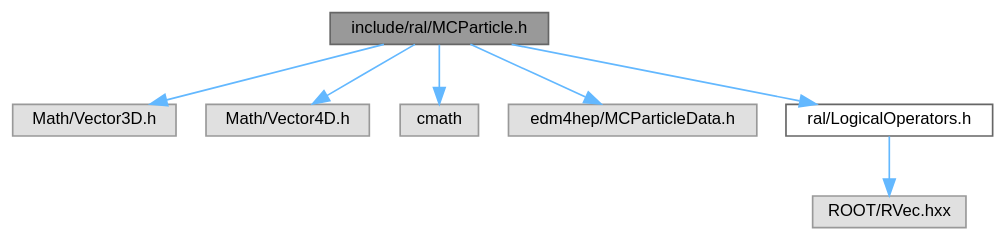
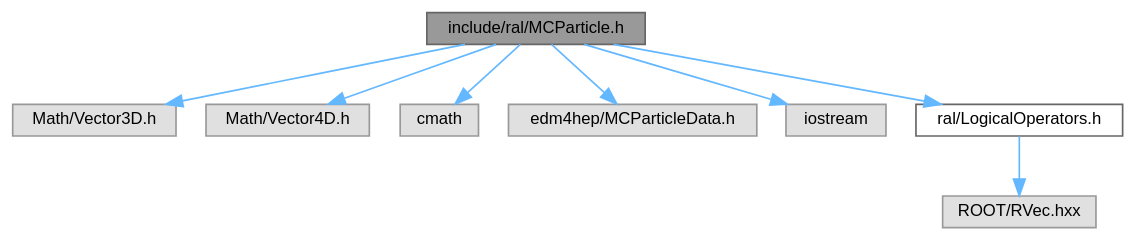
One commit to Juanki0396/ral changed the diagram in docs/MCParticle_8h__incl.dot. Above: the diagram before and after it, drawn with Graphviz. The commit also changed 12 other files, not shown here.

```diff
--- a/docs/MCParticle_8h__incl.dot
+++ b/docs/MCParticle_8h__incl.dot
@@ -1,20 +1,22 @@
 digraph "include/ral/MCParticle.h"
 {
  // LATEX_PDF_SIZE
   bgcolor="transparent";
   edge [fontname=Helvetica,fontsize=10,labelfontname=Helvetica,labelfontsize=10];
   node [fontname=Helvetica,fontsize=10,shape=box,height=0.2,width=0.4];
   Node1 [id="Node000001",label="include/ral/MCParticle.h",height=0.2,width=0.4,color="gray40", fillcolor="grey60", style="filled", fontcolor="black",tooltip=" "];
   Node1 -> Node2 [id="edge1_Node000001_Node000002",color="steelblue1",style="solid",tooltip=" "];
   Node2 [id="Node000002",label="Math/Vector3D.h",height=0.2,width=0.4,color="grey60", fillcolor="#E0E0E0", style="filled",tooltip=" "];
   Node1 -> Node3 [id="edge2_Node000001_Node000003",color="steelblue1",style="solid",tooltip=" "];
   Node3 [id="Node000003",label="Math/Vector4D.h",height=0.2,width=0.4,color="grey60", fillcolor="#E0E0E0", style="filled",tooltip=" "];
   Node1 -> Node4 [id="edge3_Node000001_Node000004",color="steelblue1",style="solid",tooltip=" "];
   Node4 [id="Node000004",label="cmath",height=0.2,width=0.4,color="grey60", fillcolor="#E0E0E0", style="filled",tooltip=" "];
   Node1 -> Node5 [id="edge4_Node000001_Node000005",color="steelblue1",style="solid",tooltip=" "];
   Node5 [id="Node000005",label="edm4hep/MCParticleData.h",height=0.2,width=0.4,color="grey60", fillcolor="#E0E0E0", style="filled",tooltip=" "];
   Node1 -> Node6 [id="edge5_Node000001_Node000006",color="steelblue1",style="solid",tooltip=" "];
-  Node6 [id="Node000006",label="ral/LogicalOperators.h",height=0.2,width=0.4,color="grey40", fillcolor="white", style="filled",URL="$LogicalOperators_8h.html",tooltip=" "];
-  Node6 -> Node7 [id="edge6_Node000006_Node000007",color="steelblue1",style="solid",tooltip=" "];
-  Node7 [id="Node000007",label="ROOT/RVec.hxx",height=0.2,width=0.4,color="grey60", fillcolor="#E0E0E0", style="filled",tooltip=" "];
+  Node6 [id="Node000006",label="iostream",height=0.2,width=0.4,color="grey60", fillcolor="#E0E0E0", style="filled",tooltip=" "];
+  Node1 -> Node7 [id="edge6_Node000001_Node000007",color="steelblue1",style="solid",tooltip=" "];
+  Node7 [id="Node000007",label="ral/LogicalOperators.h",height=0.2,width=0.4,color="grey40", fillcolor="white", style="filled",URL="$LogicalOperators_8h.html",tooltip=" "];
+  Node7 -> Node8 [id="edge7_Node000007_Node000008",color="steelblue1",style="solid",tooltip=" "];
+  Node8 [id="Node000008",label="ROOT/RVec.hxx",height=0.2,width=0.4,color="grey60", fillcolor="#E0E0E0", style="filled",tooltip=" "];
 }
```
